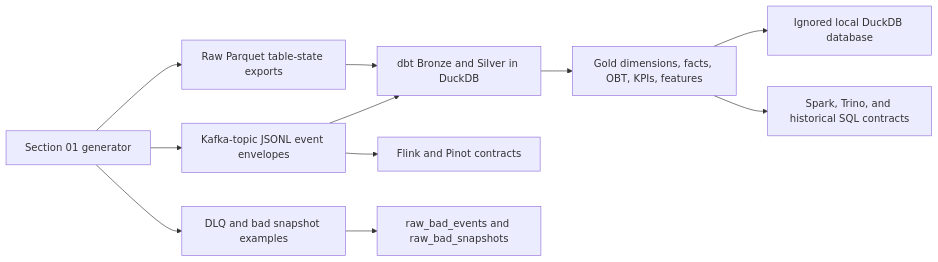
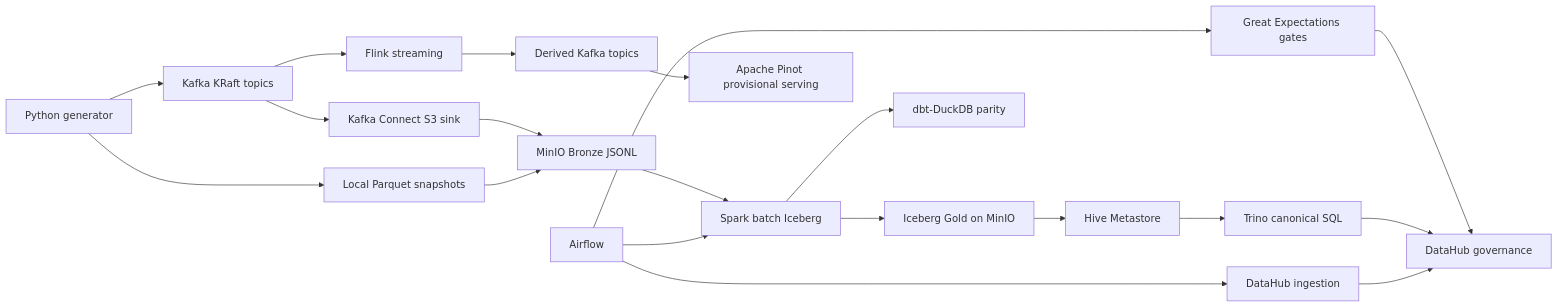
One commit to hhoangdo/ecom-data-platform changed the diagram in README.md. Above: the diagram before and after it, drawn with Mermaid. The commit also changed other lines of this file and 15 other files, not shown here.

First line of the commit message:
ADR 08: Enhance schema design documentation and add final integration evidence

````diff
--- a/README.md
+++ b/README.md
@@ -9,13 +24,22 @@
 ```mermaid
 flowchart LR
-  A["Section 01 generator"] --> B["Raw Parquet table-state exports"]
-  A --> C["Kafka-topic JSONL event envelopes"]
-  A --> D["DLQ and bad snapshot examples"]
-  B --> E["dbt Bronze and Silver in DuckDB"]
-  C --> E
-  D --> F["raw_bad_events and raw_bad_snapshots"]
-  E --> G["Gold dimensions, facts, OBT, KPIs, features"]
-  G --> H["Ignored local DuckDB database"]
-  C --> I["Flink and Pinot contracts"]
-  G --> J["Spark, Trino, and historical SQL contracts"]
+  Gen["Python generator"] --> Kafka["Kafka KRaft topics"]
+  Gen --> RawFiles["Local Parquet snapshots"]
+  Kafka --> Connect["Kafka Connect S3 sink"]
+  Connect --> Bronze["MinIO Bronze JSONL"]
+  RawFiles --> Bronze
+  Bronze --> Spark["Spark batch Iceberg"]
+  Spark --> Gold["Iceberg Gold on MinIO"]
+  Gold --> HMS["Hive Metastore"]
+  HMS --> Trino["Trino canonical SQL"]
+  Kafka --> Flink["Flink streaming"]
+  Flink --> Derived["Derived Kafka topics"]
+  Derived --> Pinot["Apache Pinot provisional serving"]
+  Spark --> Dbt["dbt-DuckDB parity"]
+  Airflow["Airflow"] --> Spark
+  Airflow --> GX["Great Expectations gates"]
+  GX --> DataHub["DataHub governance"]
+  Trino --> DataHub
+  Airflow --> DataHubIngest["DataHub ingestion"]
+  DataHubIngest --> DataHub
 ```
````
